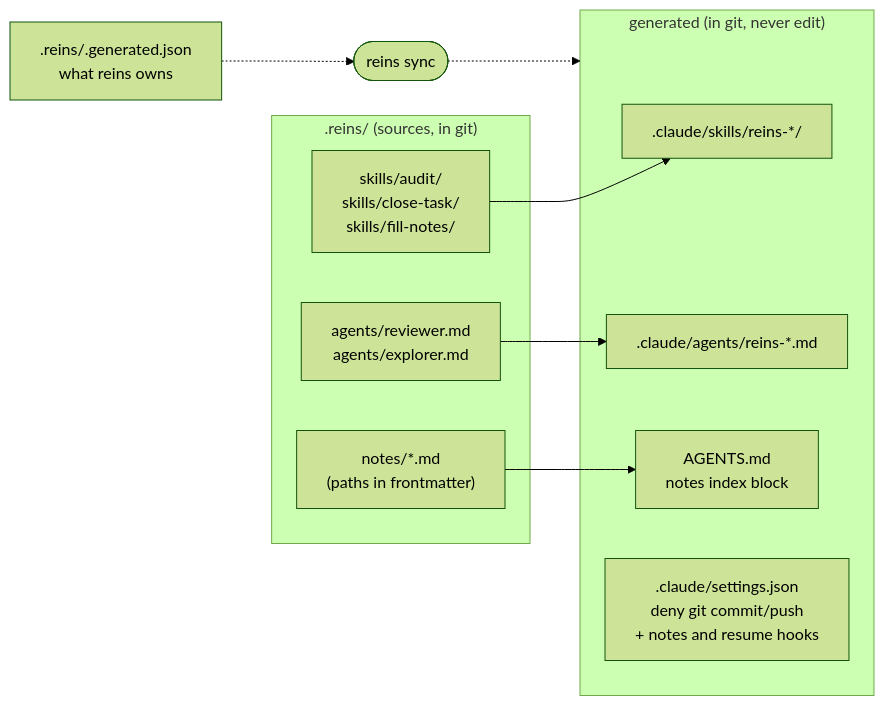
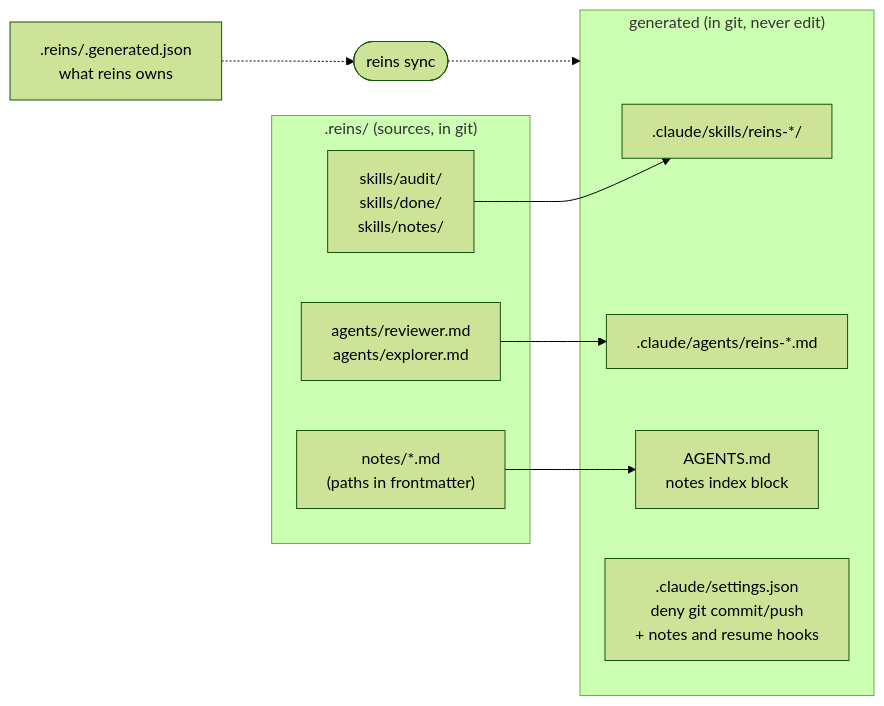
Before and after one commit to fredarcito/reins: diagram 12 of 16 in README.md, drawn with Mermaid (forest theme). The commit also changed other lines of this file and 22 other files, not shown here.

````diff
--- a/README.md
+++ b/README.md
@@ -496,19 +523,19 @@
 ```mermaid
 flowchart LR
     subgraph src[".reins/ (sources, in git)"]
-        skills["skills/audit/<br/>skills/close-task/<br/>skills/fill-notes/"]
+        skills["skills/audit/<br/>skills/done/<br/>skills/notes/"]
         agents["agents/reviewer.md<br/>agents/explorer.md"]
         notes["notes/*.md<br/>(paths in frontmatter)"]
     end
     subgraph gen["generated (in git, never edit)"]
         cskills[".claude/skills/reins-*/"]
         cagents[".claude/agents/reins-*.md"]
         index["AGENTS.md<br/>notes index block"]
         settings[".claude/settings.json<br/>deny git commit/push<br/>+ notes and resume hooks"]
     end
     skills --> cskills
     agents --> cagents
     notes --> index
     sync(["reins sync"]) -.-> gen
     manifest[".reins/.generated.json<br/>what reins owns"] -.-> sync
 ```
````
